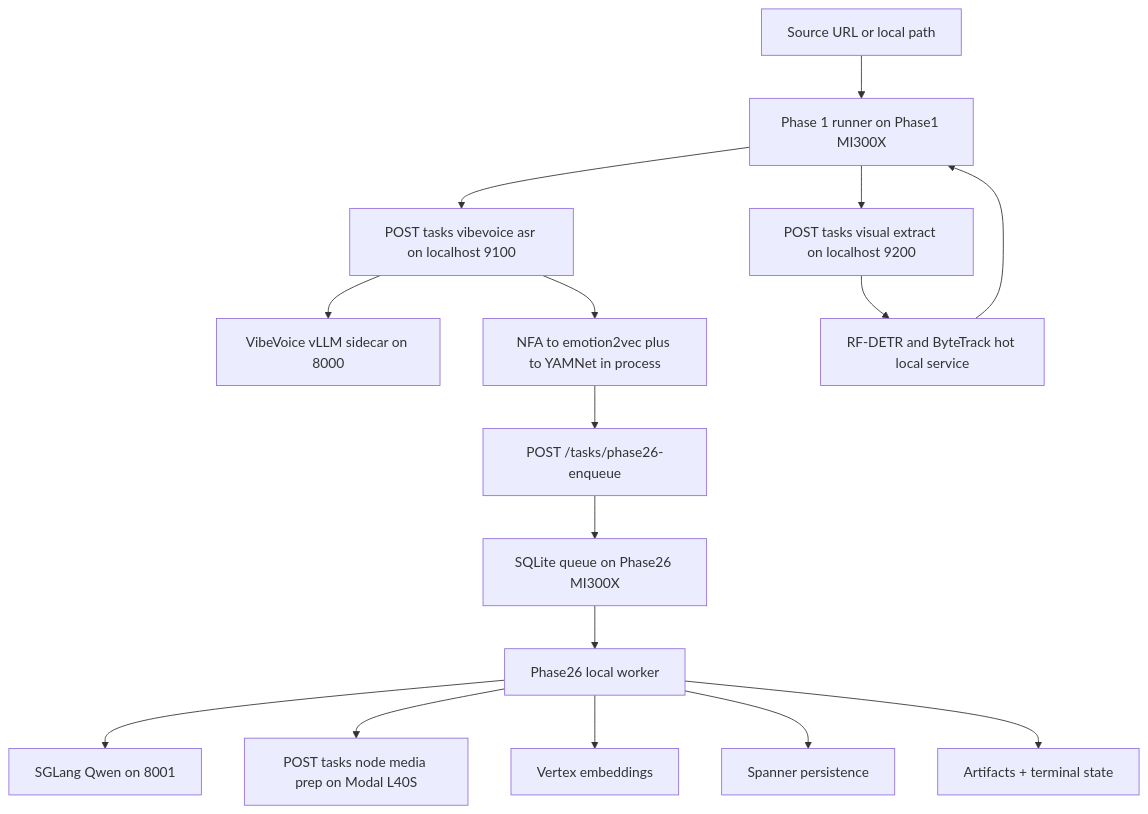
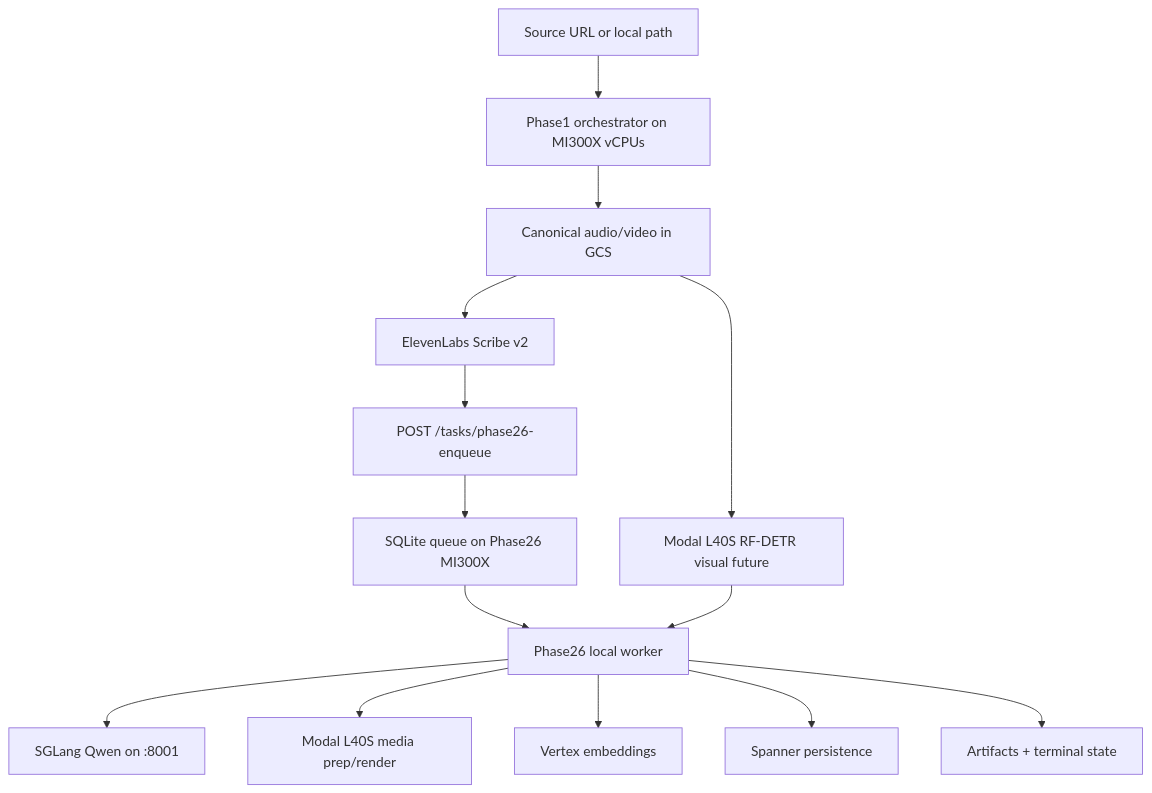
Before and after one commit to ClyptAI/Clypt-Backend: the diagram in docs/ARCHITECTURE.md, drawn with Mermaid. The commit also changed other lines of this file and 139 other files, not shown here.

Commit message:
refactor: switch phase1 to scribe modal topology

````diff
--- a/docs/ARCHITECTURE.md
+++ b/docs/ARCHITECTURE.md
@@ -10,30 +10,27 @@
 ```mermaid
 flowchart TD
   source["Source URL or local path"]
-  p1["Phase 1 runner on Phase1 MI300X"]
-  vvsvc["POST tasks vibevoice asr on localhost 9100"]
-  vvllm["VibeVoice vLLM sidecar on 8000"]
-  audpost["NFA to emotion2vec plus to YAMNet in process"]
-  visvc["POST tasks visual extract on localhost 9200"]
-  visual["RF-DETR and ByteTrack hot local service"]
+  p1["Phase1 orchestrator on MI300X vCPUs"]
+  gcs["Canonical audio/video in GCS"]
+  scribe["ElevenLabs Scribe v2"]
+  visual["Modal L40S RF-DETR visual future"]
   dispatch["POST /tasks/phase26-enqueue"]
   q["SQLite queue on Phase26 MI300X"]
   worker["Phase26 local worker"]
-  llm["SGLang Qwen on 8001"]
-  modal["POST tasks node media prep on Modal L40S"]
+  llm["SGLang Qwen on :8001"]
+  media["Modal L40S media prep/render"]
   emb["Vertex embeddings"]
   sp["Spanner persistence"]
   out["Artifacts + terminal state"]
 
-  source --> p1
-  p1 --> vvsvc --> vvllm
-  vvsvc --> audpost
-  p1 --> visvc --> visual
-  audpost --> dispatch --> q --> worker
+  source --> p1 --> gcs
+  gcs --> scribe --> dispatch
+  gcs --> visual
+  dispatch --> q --> worker
   worker --> llm
-  worker --> modal
+  worker --> media
   worker --> emb
   worker --> sp
   worker --> out
-  visual --> p1
+  visual --> worker
 ```
````
